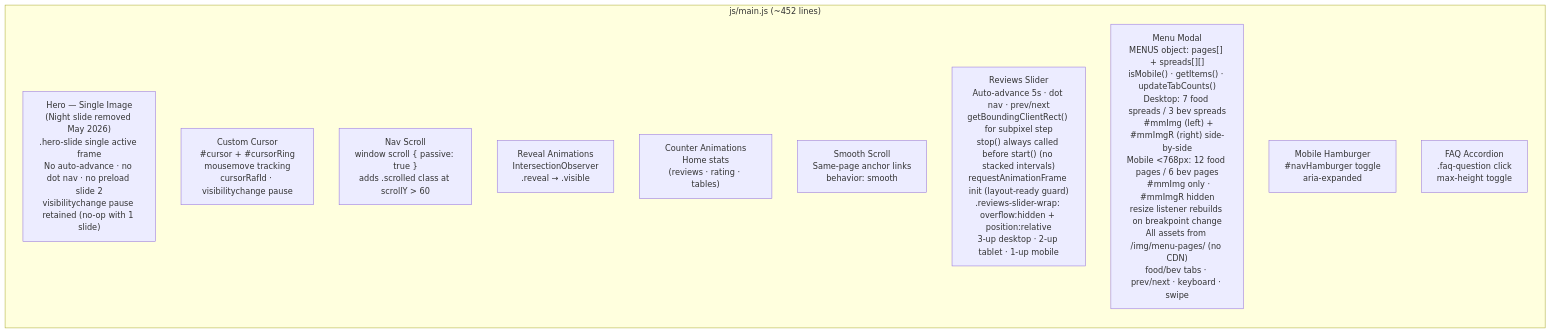
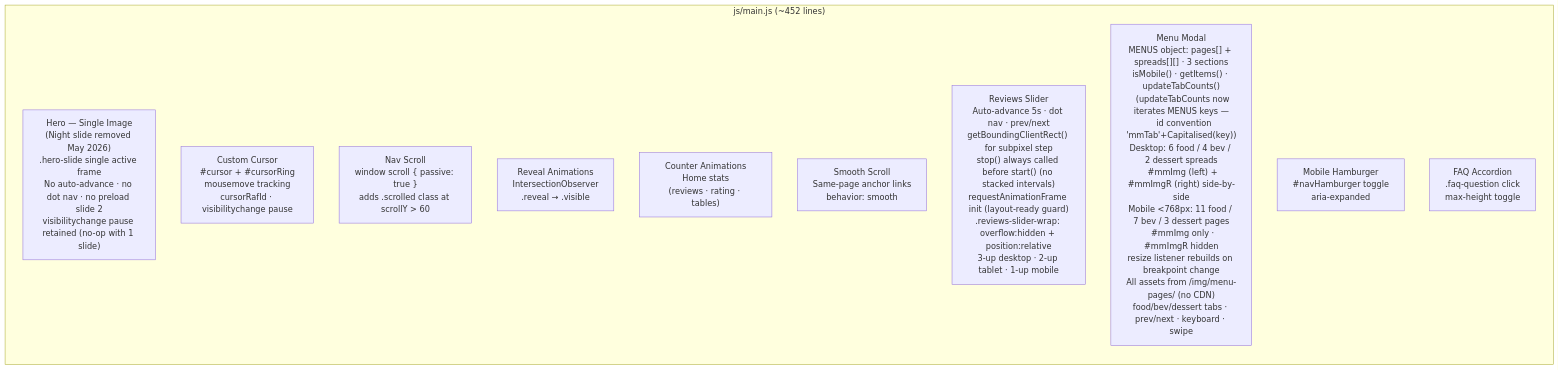
The fifth of 7 diagrams in SITEMAP.md (mahesh9403/Cafe-110-v2), drawn with Mermaid before and after one commit. The commit also changed other lines of this file and 44 other files, not shown here.

````diff
--- a/SITEMAP.md
+++ b/SITEMAP.md
@@ -246,15 +250,15 @@
 ```mermaid
 graph LR
     subgraph JS_MAP["js/main.js (~452 lines)"]
         J0["Hero — Single Image\n(Night slide removed May 2026)\n.hero-slide single active frame\nNo auto-advance · no dot nav · no preload slide 2\nvisibilitychange pause retained (no-op with 1 slide)"]
         J1["Custom Cursor\n#cursor + #cursorRing\nmousemove tracking\ncursorRafId · visibilitychange pause"]
         J2["Nav Scroll\nwindow scroll { passive: true }\nadds .scrolled class at scrollY > 60"]
         J3["Reveal Animations\nIntersectionObserver\n.reveal → .visible"]
         J4["Counter Animations\nHome stats\n(reviews · rating · tables)"]
         J5["Smooth Scroll\nSame-page anchor links\nbehavior: smooth"]
         J6["Reviews Slider\nAuto-advance 5s · dot nav · prev/next\ngetBoundingClientRect() for subpixel step\nstop() always called before start() (no stacked intervals)\nrequestAnimationFrame init (layout-ready guard)\n.reviews-slider-wrap: overflow:hidden + position:relative\n3-up desktop · 2-up tablet · 1-up mobile"]
-        J7["Menu Modal\nMENUS object: pages[] + spreads[][]\nisMobile() · getItems() · updateTabCounts()\nDesktop: 7 food spreads / 3 bev spreads\n  #mmImg (left) + #mmImgR (right) side-by-side\nMobile <768px: 12 food pages / 6 bev pages\n  #mmImg only · #mmImgR hidden\nresize listener rebuilds on breakpoint change\nAll assets from /img/menu-pages/ (no CDN)\nfood/bev tabs · prev/next · keyboard · swipe"]
+        J7["Menu Modal\nMENUS object: pages[] + spreads[][] · 3 sections\nisMobile() · getItems() · updateTabCounts()\n  (updateTabCounts now iterates MENUS keys —\n   id convention 'mmTab'+Capitalised(key))\nDesktop: 6 food / 4 bev / 2 dessert spreads\n  #mmImg (left) + #mmImgR (right) side-by-side\nMobile <768px: 11 food / 7 bev / 3 dessert pages\n  #mmImg only · #mmImgR hidden\nresize listener rebuilds on breakpoint change\nAll assets from /img/menu-pages/ (no CDN)\nfood/bev/dessert tabs · prev/next · keyboard · swipe"]
         J8["Mobile Hamburger\n#navHamburger toggle\naria-expanded"]
         J9["FAQ Accordion\n.faq-question click\nmax-height toggle"]
     end
 ```
````
